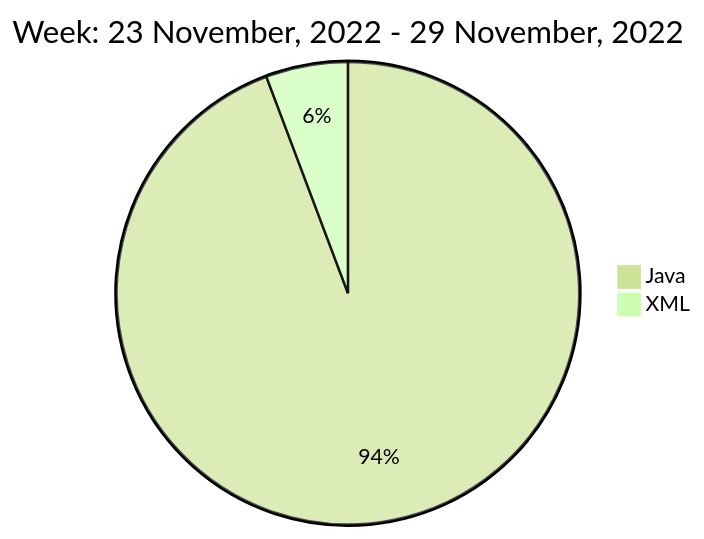
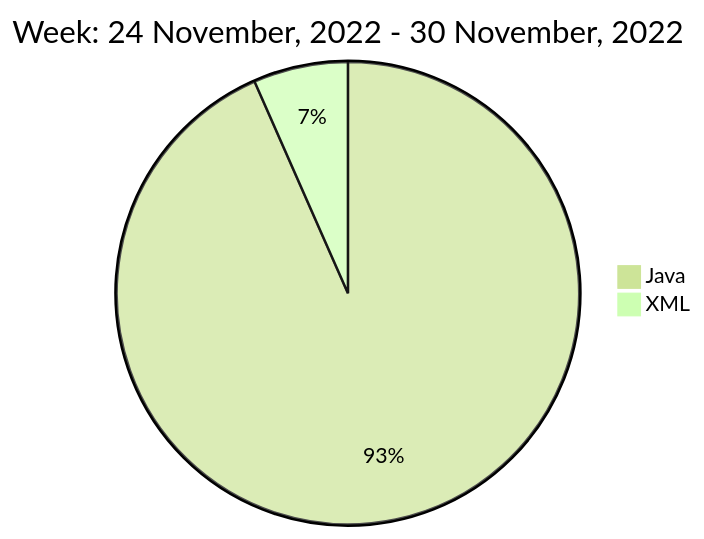
The diagram in README.md (liubin95/liubin95), drawn with Mermaid (forest theme) before and after one commit.

Commit message:
Updated the Graph with new Metrics

````diff
--- a/README.md
+++ b/README.md
@@ -40,6 +40,6 @@
 ```mermaid
  pie
-title Week: 23 November, 2022 - 29 November, 2022
- "Java" : 18.9
- "XML" : 1.15
+title Week: 24 November, 2022 - 30 November, 2022
+ "Java" : 16.95
+ "XML" : 1.2
 ```
````
